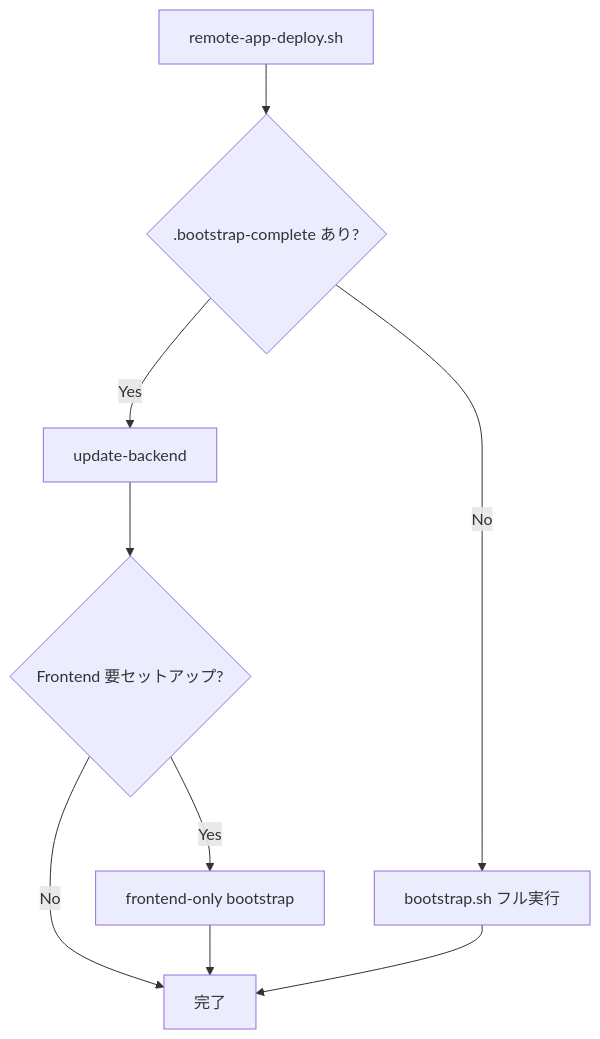
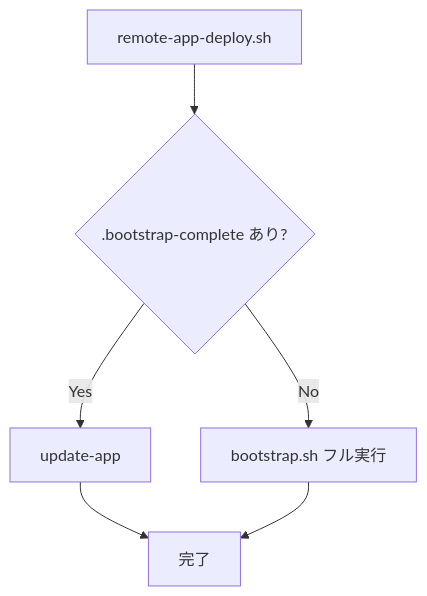
Before and after one commit to DRS22DownForce/SmartHouseholdAccountBook: the third of 3 diagrams in docs/infrastructure/AWS/04-ec2-bootstrap.md, drawn with Mermaid. The commit also changed other lines of this file and 38 other files, not shown here.

````diff
--- a/docs/infrastructure/AWS/04-ec2-bootstrap.md
+++ b/docs/infrastructure/AWS/04-ec2-bootstrap.md
@@ -234,17 +220,13 @@
 ```mermaid
 flowchart TD
     Start["remote-app-deploy.sh"]
     Check{".bootstrap-complete あり?"}
     Full["bootstrap.sh フル実行"]
-    Update["update-backend"]
-    FE{"Frontend 要セットアップ?"}
-    FEOnly["frontend-only bootstrap"]
+    Update["update-app"]
 
     Start --> Check
     Check -->|No| Full
-    Check -->|Yes| Update --> FE
-    FE -->|Yes| FEOnly
-    FE -->|No| Done["完了"]
-    FEOnly --> Done
+    Check -->|Yes| Update
+    Update --> Done["完了"]
     Full --> Done
 ```
````
